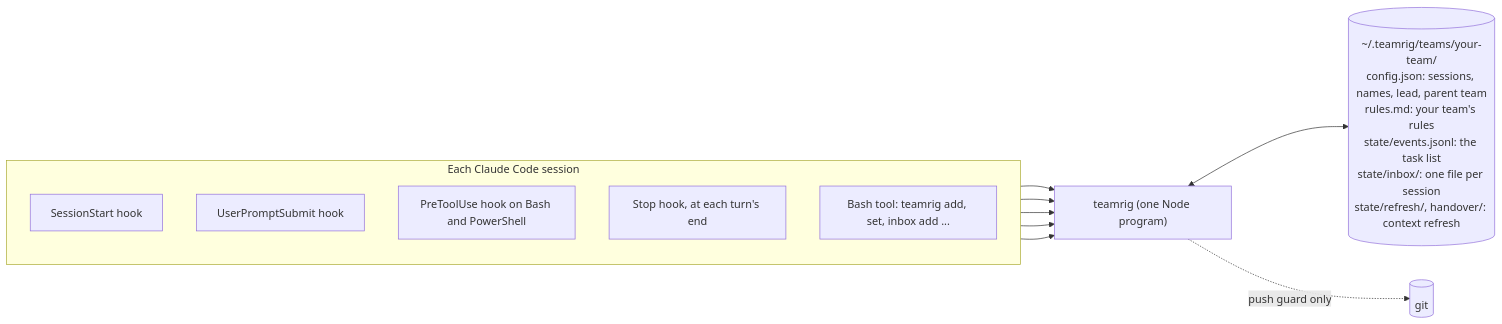
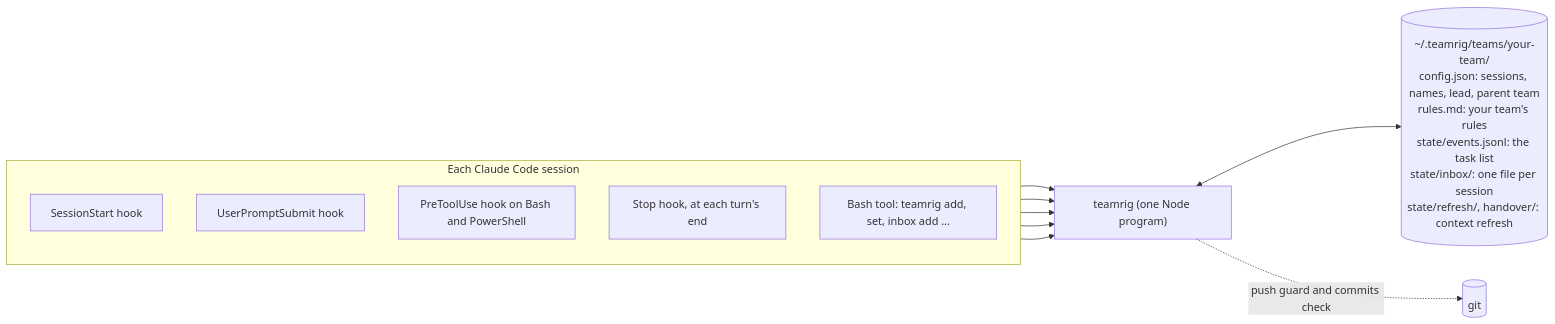
The first of 9 diagrams in docs/how-it-works.md (GeneralA6/teamrig), drawn with Mermaid before and after one commit. The commit also changed other lines of this file, not shown here.

First line of the commit message:
docs: how-it-works claims only what the code does

````diff
--- a/docs/how-it-works.md
+++ b/docs/how-it-works.md
@@ -21,21 +21,21 @@
 ```mermaid
 flowchart LR
   subgraph session["Each Claude Code session"]
     direction TB
     start["SessionStart hook"]
     prompt["UserPromptSubmit hook"]
     guard["PreToolUse hook on Bash and PowerShell"]
     stop["Stop hook, at each turn's end"]
     tool["Bash tool: teamrig add, set, inbox add ..."]
   end
   cli["teamrig (one Node program)"]
   folder[("~/.teamrig/teams/your-team/<br>config.json: sessions, names, lead, parent team<br>rules.md: your team's rules<br>state/events.jsonl: the task list<br>state/inbox/: one file per session<br>state/refresh/, handover/: context refresh")]
   git[("git")]
   start --> cli
   prompt --> cli
   guard --> cli
   stop --> cli
   tool --> cli
   cli <--> folder
-  cli -. "push guard only" .-> git
+  cli -. "push guard and commits check" .-> git
 ```
````
